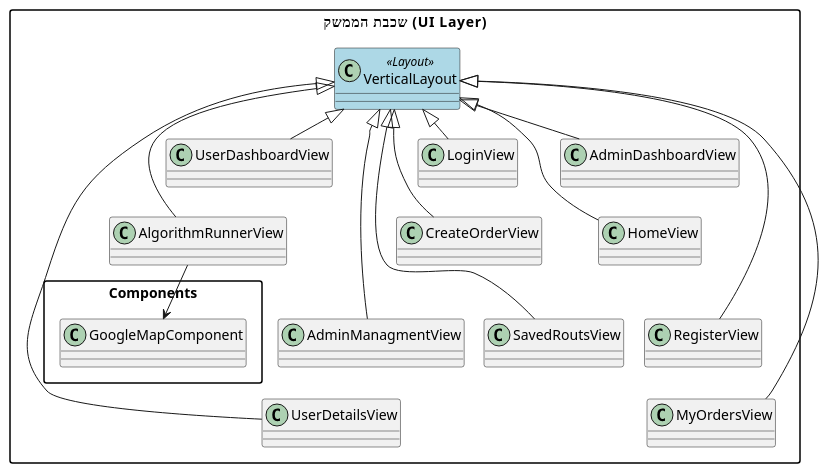
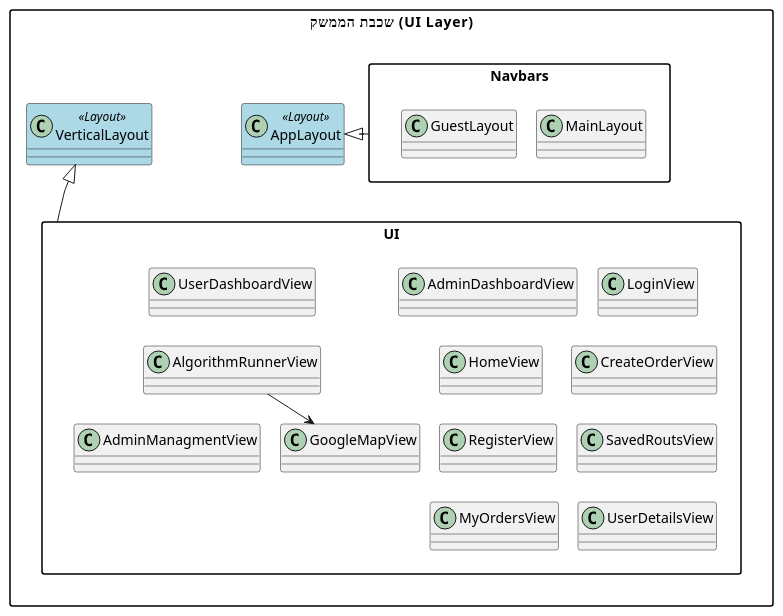
Before and after one commit to yahavrabi/smart_delivery_proj: the diagram in BOOK/uml-diagrams/Class UML/UiUML.puml, drawn with PlantUML. The commit also changed 14 other files, not shown here.

Commit message:
updated books, UML's and architecture 27/5/2026 15:05

```diff
--- a/BOOK/uml-diagrams/Class UML/UiUML.puml
+++ b/BOOK/uml-diagrams/Class UML/UiUML.puml
@@ -1,55 +1,53 @@
 @startuml
 skinparam rankdir TB
 skinparam nodesep 20
 skinparam ranksep 30
 skinparam packageStyle rectangle
 
 package "שכבת הממשק (UI Layer)" {
     class VerticalLayout <<Layout>> #LightBlue
+    class AppLayout <<Layout>> #LightBlue
 
     ' הגדרת העמודות הנסתרות כדי למנוע רוחב
-    class LoginView
-    class AdminDashboardView
-    class UserDashboardView
-    class AlgorithmRunnerView
-    class CreateOrderView
-    class HomeView
-    class SavedRoutsView
-    class RegisterView
-    class UserDetailsView
-    class MyOrdersView
-    class AdminManagmentView
+    package "UI"{
+        class LoginView
+        class AdminDashboardView
+        class UserDashboardView
+        class AlgorithmRunnerView
+        class CreateOrderView
+        class HomeView
+        class SavedRoutsView
+        class RegisterView
+        class UserDetailsView
+        class MyOrdersView
+        class AdminManagmentView
+        class GoogleMapView
+    }
+
+    'layouts
+    package "Navbars" {
+        class MainLayout
+        class GuestLayout
+    }
 
     ' ירושה מה-Layout (זה מה שגורם להם להופיע מתחתיו)
-    LoginView -up-|> VerticalLayout
-    AdminDashboardView -up-|> VerticalLayout
-    UserDashboardView -up-|> VerticalLayout
-    AlgorithmRunnerView -up-|> VerticalLayout
-    CreateOrderView -up-|> VerticalLayout
-    HomeView -up-|> VerticalLayout
-    SavedRoutsView -up-|> VerticalLayout
-    RegisterView -up-|> VerticalLayout
-    UserDetailsView -up-|> VerticalLayout
-    MyOrdersView -up-|> VerticalLayout
-    AdminManagmentView -up-|> VerticalLayout
+    UI -up-|> VerticalLayout
+    Navbars -right-|> AppLayout
 
-    package "(Components)" {
-        class GoogleMapComponent
-    }
 
-    AlgorithmRunnerView --> GoogleMapComponent
+    AlgorithmRunnerView --> GoogleMapView
 
     ' יצירת מבנה של עמודות בעזרת קשרים שקופים
     LoginView -[hidden]down- CreateOrderView
     CreateOrderView -[hidden]down- SavedRoutsView
     SavedRoutsView -[hidden]down- UserDetailsView
 
     AdminDashboardView -[hidden]down- HomeView
     HomeView -[hidden]down- RegisterView
     RegisterView -[hidden]down- MyOrdersView
 
     UserDashboardView -[hidden]down- AlgorithmRunnerView
     AlgorithmRunnerView -[hidden]down- AdminManagmentView
 }
 
 @enduml
```
